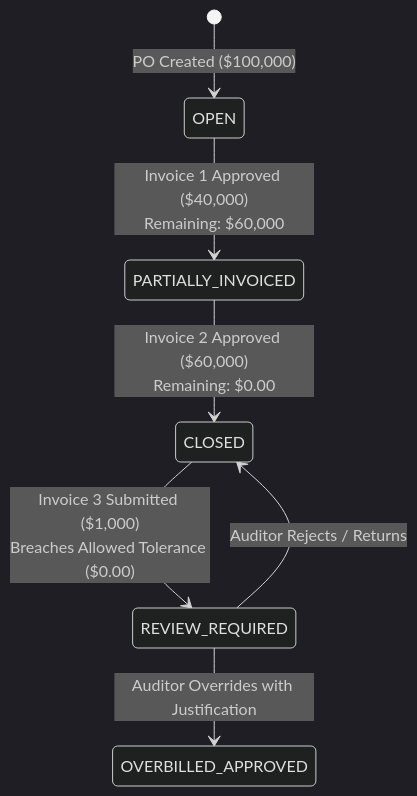
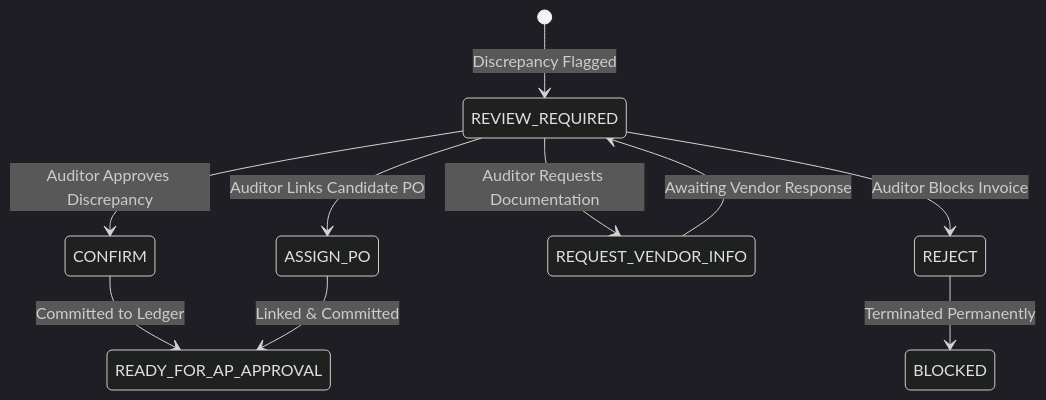
One commit to sankett28/invoice-zamp changed the third of 3 diagrams in docs/architecture.md. Above: the diagram before and after it, drawn with Mermaid (dark theme). The commit also changed other lines of this file and 13 other files, not shown here.

````diff
--- a/docs/architecture.md
+++ b/docs/architecture.md
@@ -131,12 +246,14 @@
 ```mermaid
 stateDiagram-v2
-    [*] --> OPEN: PO Created ($100,000)
+    [*] --> REVIEW_REQUIRED: Discrepancy Flagged
     
-    OPEN --> PARTIALLY_INVOICED: Invoice 1 Approved ($40,000)<br/>Remaining: $60,000
-    PARTIALLY_INVOICED --> CLOSED: Invoice 2 Approved ($60,000)<br/>Remaining: $0.00
+    REVIEW_REQUIRED --> CONFIRM: Auditor Approves Discrepancy
+    REVIEW_REQUIRED --> ASSIGN_PO: Auditor Links Candidate PO
+    REVIEW_REQUIRED --> REQUEST_VENDOR_INFO: Auditor Requests Documentation
+    REVIEW_REQUIRED --> REJECT: Auditor Blocks Invoice
     
-    CLOSED --> REVIEW_REQUIRED: Invoice 3 Submitted ($1,000)<br/>Breaches Allowed Tolerance ($0.00)
-    
-    REVIEW_REQUIRED --> CLOSED: Auditor Rejects / Returns
-    REVIEW_REQUIRED --> OVERBILLED_APPROVED: Auditor Overrides with Justification
+    CONFIRM --> READY_FOR_AP_APPROVAL: Committed to Ledger
+    ASSIGN_PO --> READY_FOR_AP_APPROVAL: Linked & Committed
+    REQUEST_VENDOR_INFO --> REVIEW_REQUIRED: Awaiting Vendor Response
+    REJECT --> BLOCKED: Terminated Permanently
 ```
````
